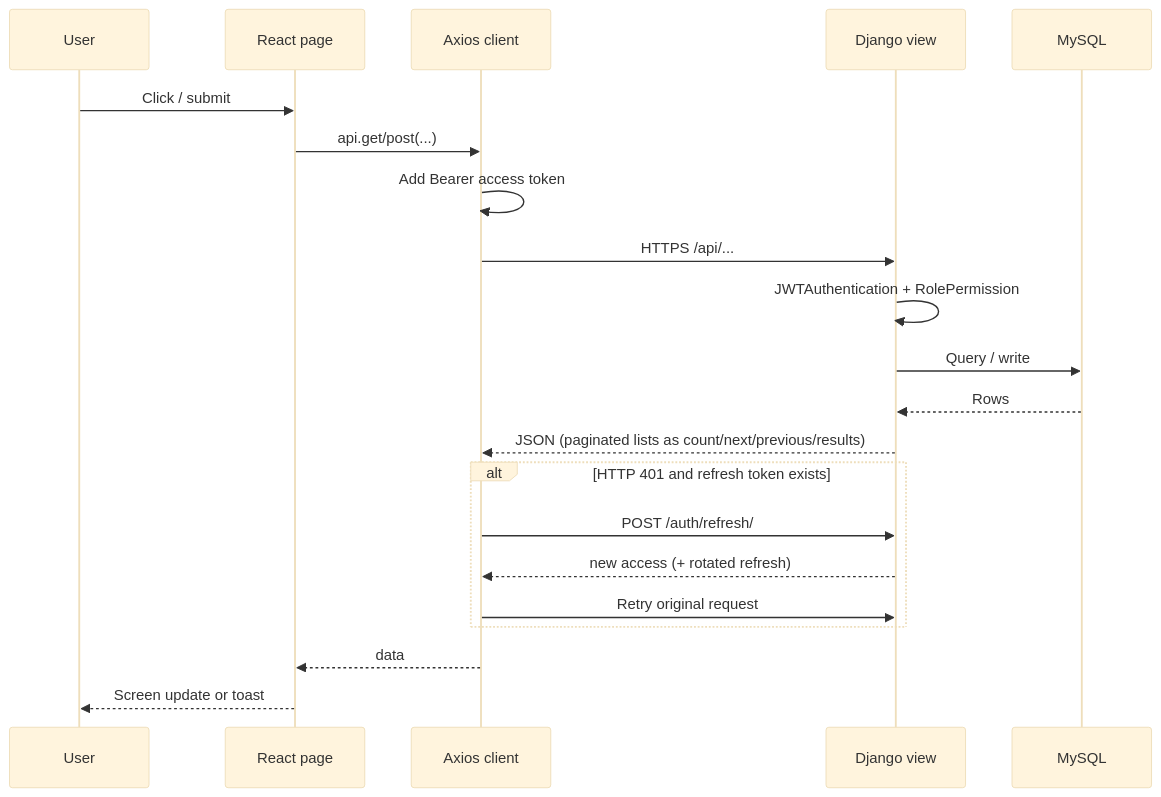
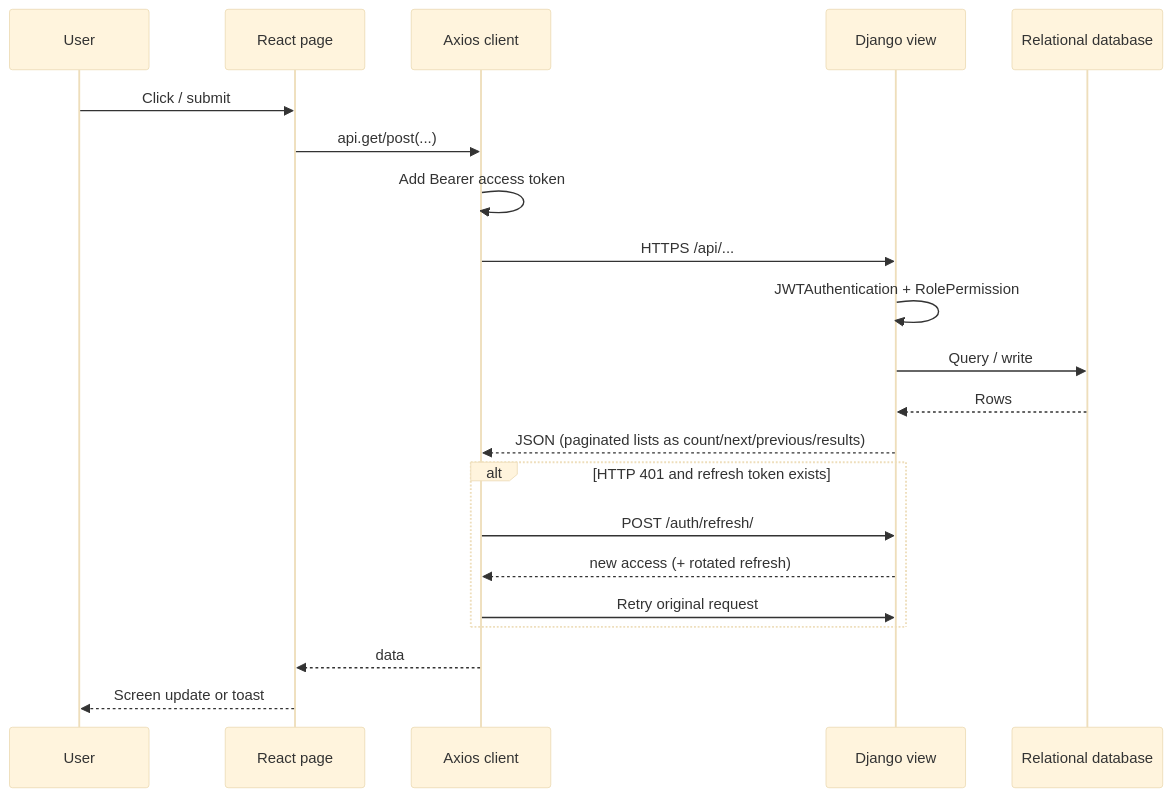
The third of 9 diagrams in docs/FITTRACK_ARCHITECTURE.md (sanjayy-005/fitnesstracker), drawn with Mermaid (base theme) before and after one commit. The commit also changed other lines of this file and 10 other files, not shown here.

````diff
--- a/docs/FITTRACK_ARCHITECTURE.md
+++ b/docs/FITTRACK_ARCHITECTURE.md
@@ -96,24 +96,24 @@
 ```mermaid
 sequenceDiagram
   participant U as User
   participant UI as React page
   participant AX as Axios client
   participant API as Django view
-  participant DB as MySQL
+  participant DB as Relational database
 
   U->>UI: Click / submit
   UI->>AX: api.get/post(...)
   AX->>AX: Add Bearer access token
   AX->>API: HTTPS /api/...
   API->>API: JWTAuthentication + RolePermission
   API->>DB: Query / write
   DB-->>API: Rows
   API-->>AX: JSON (paginated lists as count/next/previous/results)
   alt HTTP 401 and refresh token exists
     AX->>API: POST /auth/refresh/
     API-->>AX: new access (+ rotated refresh)
     AX->>API: Retry original request
   end
   AX-->>UI: data
   UI-->>U: Screen update or toast
 ```
````
